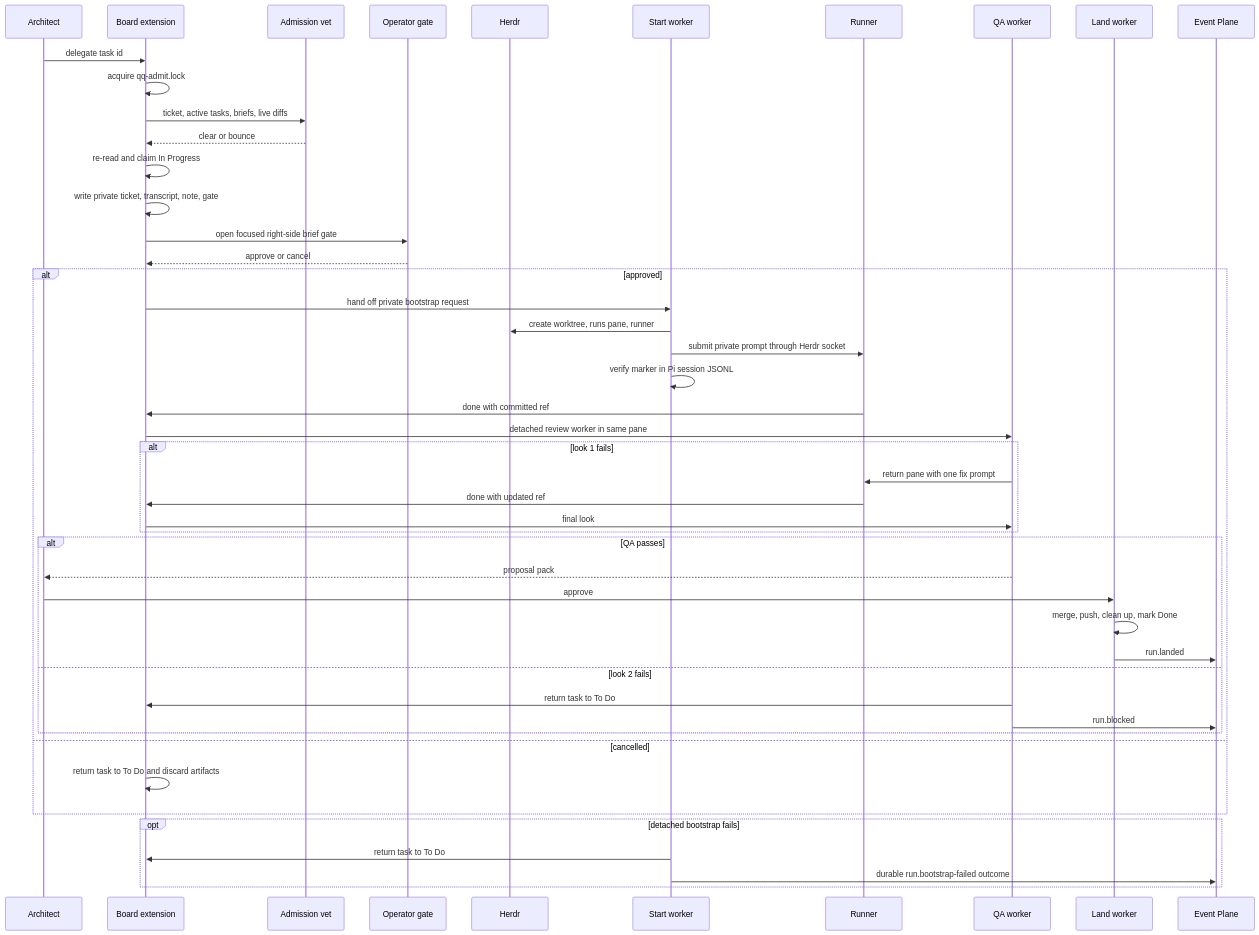
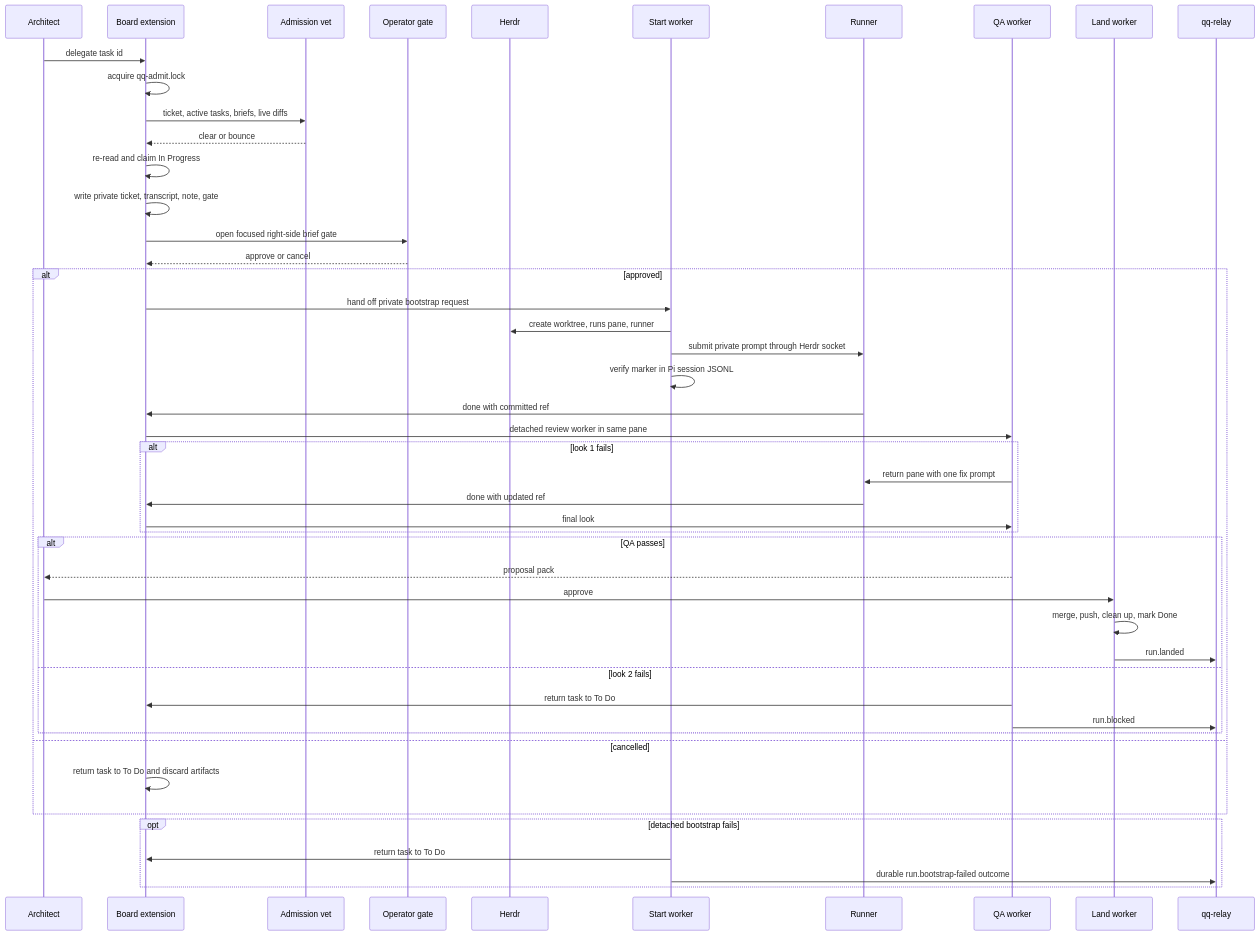
The first of 2 diagrams in openwiki/workflow/delegation-and-review.md (hypermemetic-ai/qq), drawn with Mermaid before and after one commit. The commit also changed other lines of this file and 10 other files, not shown here.

````diff
--- a/openwiki/workflow/delegation-and-review.md
+++ b/openwiki/workflow/delegation-and-review.md
@@ -27,50 +27,50 @@
 ```mermaid
 sequenceDiagram
     participant A as Architect
     participant B as Board extension
     participant V as Admission vet
     participant O as Operator gate
     participant H as Herdr
     participant S as Start worker
     participant R as Runner
     participant Q as QA worker
     participant L as Land worker
-    participant E as Event Plane
+    participant E as qq-relay
 
     A->>B: delegate task id
     B->>B: acquire qq-admit.lock
     B->>V: ticket, active tasks, briefs, live diffs
     V-->>B: clear or bounce
     B->>B: re-read and claim In Progress
     B->>B: write private ticket, transcript, note, gate
     B->>O: open focused right-side brief gate
     O-->>B: approve or cancel
     alt approved
         B->>S: hand off private bootstrap request
         S->>H: create worktree, runs pane, runner
         S->>R: submit private prompt through Herdr socket
         S->>S: verify marker in Pi session JSONL
         R->>B: done with committed ref
         B->>Q: detached review worker in same pane
         alt look 1 fails
             Q->>R: return pane with one fix prompt
             R->>B: done with updated ref
             B->>Q: final look
         end
         alt QA passes
             Q-->>A: proposal pack
             A->>L: approve
             L->>L: merge, push, clean up, mark Done
             L->>E: run.landed
         else look 2 fails
             Q->>B: return task to To Do
             Q->>E: run.blocked
         end
     else cancelled
         B->>B: return task to To Do and discard artifacts
     end
     opt detached bootstrap fails
         S->>B: return task to To Do
         S->>E: durable run.bootstrap-failed outcome
     end
 ```
````
